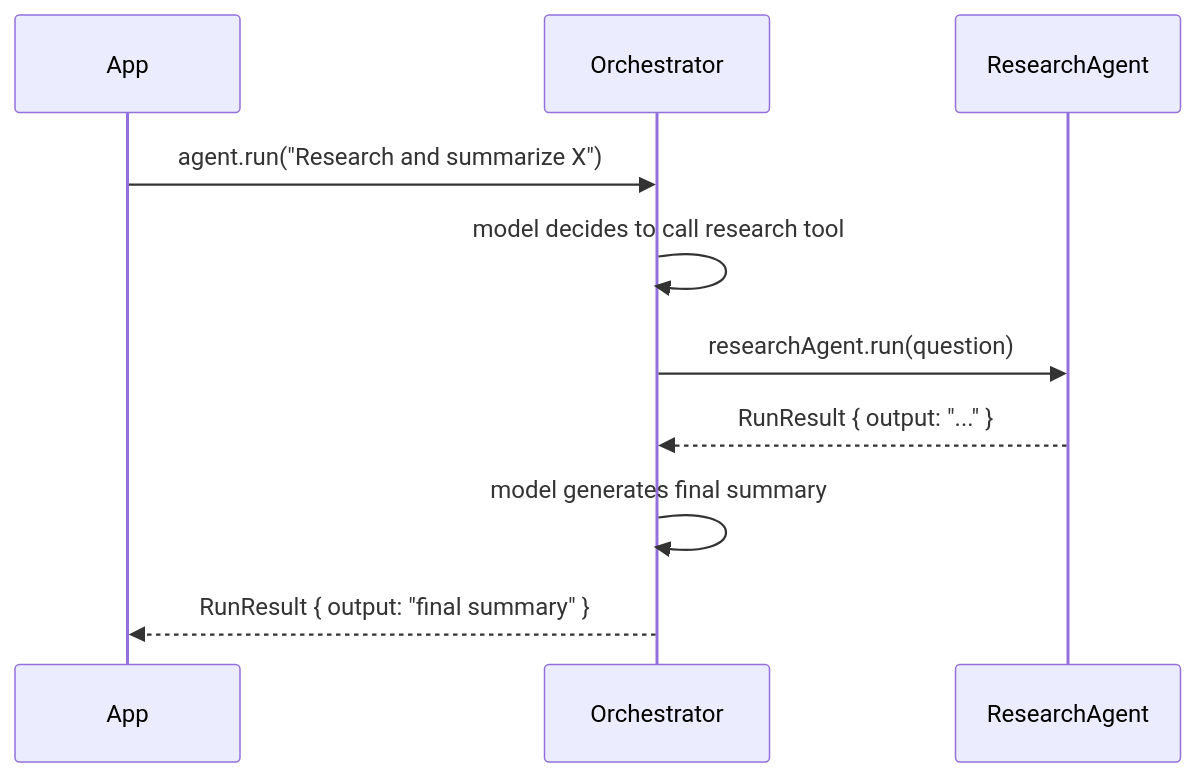
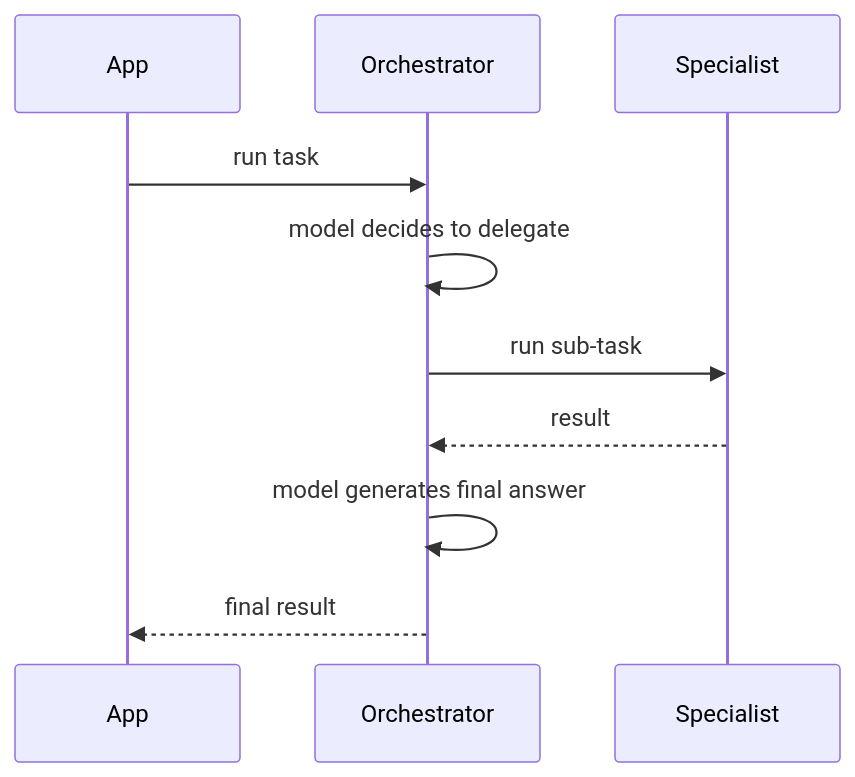
Before and after one commit to a7ul/vibes: the diagram in packages/framework/docs/concepts/multi-agent.mdx, drawn with Mermaid. The commit also changed 26 other files, not shown here.

````diff
--- a/packages/framework/docs/concepts/multi-agent.mdx
+++ b/packages/framework/docs/concepts/multi-agent.mdx
@@ -12,13 +12,13 @@
 ```mermaid
 sequenceDiagram
     participant App
     participant Orchestrator
-    participant ResearchAgent
+    participant Specialist
 
-    App->>Orchestrator: agent.run("Research and summarize X")
-    Orchestrator->>Orchestrator: model decides to call research tool
-    Orchestrator->>ResearchAgent: researchAgent.run(question)
-    ResearchAgent-->>Orchestrator: RunResult { output: "..." }
-    Orchestrator->>Orchestrator: model generates final summary
-    Orchestrator-->>App: RunResult { output: "final summary" }
+    App->>Orchestrator: run task
+    Orchestrator->>Orchestrator: model decides to delegate
+    Orchestrator->>Specialist: run sub-task
+    Specialist-->>Orchestrator: result
+    Orchestrator->>Orchestrator: model generates final answer
+    Orchestrator-->>App: final result
 ```
````
